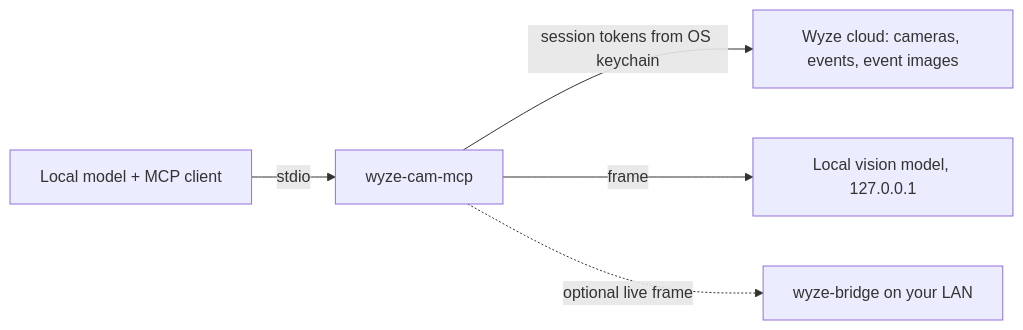
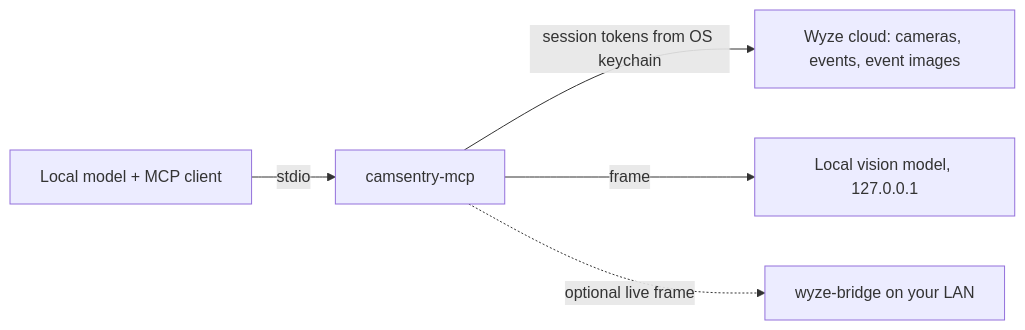
One commit to 14manj01/camsentry-mcp changed the diagram in README.md. Above: the diagram before and after it, drawn with Mermaid. The commit also changed other lines of this file and 22 other files, not shown here.

First line of the commit message:
Rename to camsentry-mcp and state that the project is independent of Wyze

````diff
--- a/README.md
+++ b/README.md
@@ -61,7 +66,7 @@
 ```mermaid
 flowchart LR
-    M[Local model + MCP client] -- stdio --> S[wyze-cam-mcp]
+    M[Local model + MCP client] -- stdio --> S[camsentry-mcp]
     S -- session tokens from OS keychain --> W[Wyze cloud: cameras, events, event images]
     S -- frame --> V[Local vision model, 127.0.0.1]
     S -. optional live frame .-> B[wyze-bridge on your LAN]
 ```
````
